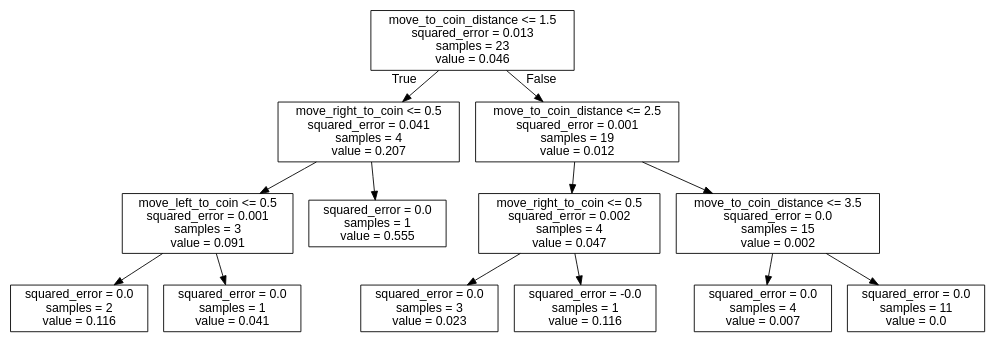
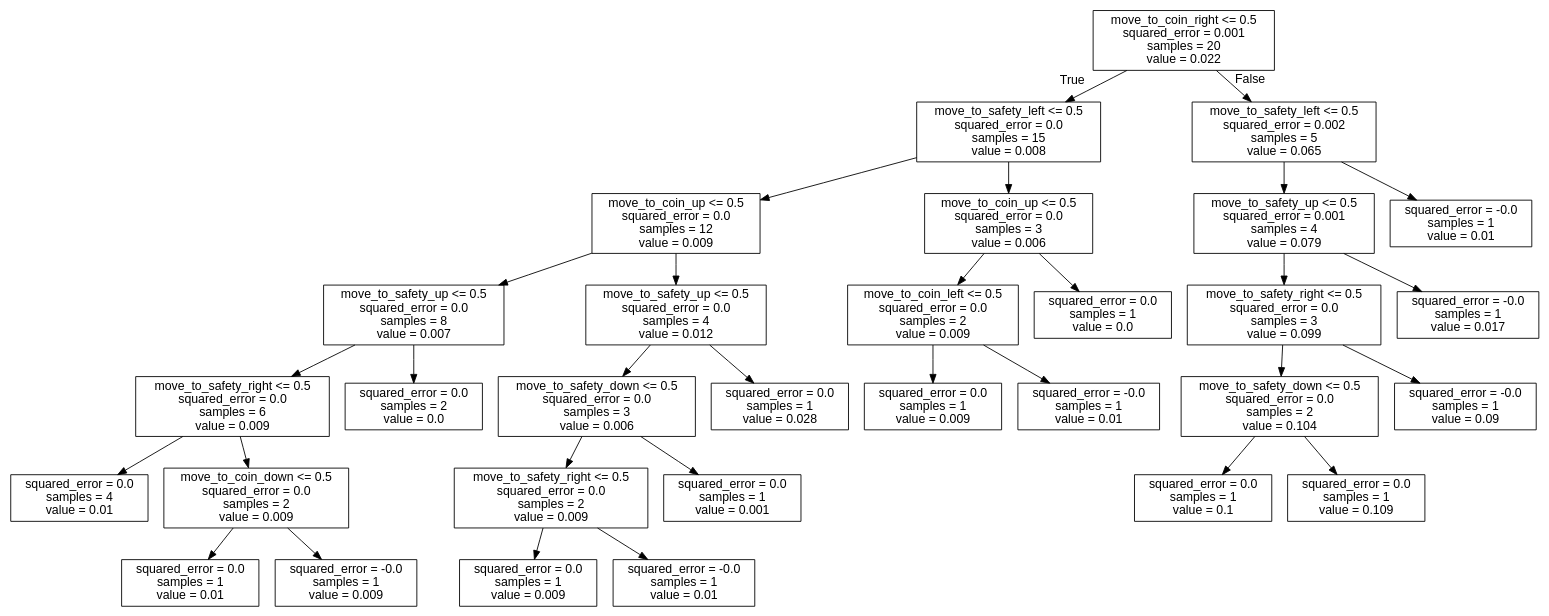
One commit to J-Gann/FML changed the diagram in bomberman_rl/agent_code/my_agent/trees/RIGHT.dot. Above: the diagram before and after it, drawn with Graphviz. The commit also changed 9 other files, not shown here.

```diff
--- a/bomberman_rl/agent_code/my_agent/trees/RIGHT.dot
+++ b/bomberman_rl/agent_code/my_agent/trees/RIGHT.dot
@@ -1,29 +1,65 @@
 digraph Tree {
 node [shape=box, fontname="helvetica"] ;
 edge [fontname="helvetica"] ;
-0 [label="move_to_coin_distance <= 1.5\nsquared_error = 0.013\nsamples = 23\nvalue = 0.046"] ;
-1 [label="move_right_to_coin <= 0.5\nsquared_error = 0.041\nsamples = 4\nvalue = 0.207"] ;
+0 [label="move_to_coin_right <= 0.5\nsquared_error = 0.001\nsamples = 20\nvalue = 0.022"] ;
+1 [label="move_to_safety_left <= 0.5\nsquared_error = 0.0\nsamples = 15\nvalue = 0.008"] ;
 0 -> 1 [labeldistance=2.5, labelangle=45, headlabel="True"] ;
-2 [label="move_left_to_coin <= 0.5\nsquared_error = 0.001\nsamples = 3\nvalue = 0.091"] ;
+2 [label="move_to_coin_up <= 0.5\nsquared_error = 0.0\nsamples = 12\nvalue = 0.009"] ;
 1 -> 2 ;
-3 [label="squared_error = 0.0\nsamples = 2\nvalue = 0.116"] ;
+3 [label="move_to_safety_up <= 0.5\nsquared_error = 0.0\nsamples = 8\nvalue = 0.007"] ;
 2 -> 3 ;
-4 [label="squared_error = 0.0\nsamples = 1\nvalue = 0.041"] ;
-2 -> 4 ;
-5 [label="squared_error = 0.0\nsamples = 1\nvalue = 0.555"] ;
-1 -> 5 ;
-6 [label="move_to_coin_distance <= 2.5\nsquared_error = 0.001\nsamples = 19\nvalue = 0.012"] ;
-0 -> 6 [labeldistance=2.5, labelangle=-45, headlabel="False"] ;
-7 [label="move_right_to_coin <= 0.5\nsquared_error = 0.002\nsamples = 4\nvalue = 0.047"] ;
+4 [label="move_to_safety_right <= 0.5\nsquared_error = 0.0\nsamples = 6\nvalue = 0.009"] ;
+3 -> 4 ;
+5 [label="squared_error = 0.0\nsamples = 4\nvalue = 0.01"] ;
+4 -> 5 ;
+6 [label="move_to_coin_down <= 0.5\nsquared_error = 0.0\nsamples = 2\nvalue = 0.009"] ;
+4 -> 6 ;
+7 [label="squared_error = 0.0\nsamples = 1\nvalue = 0.01"] ;
 6 -> 7 ;
-8 [label="squared_error = 0.0\nsamples = 3\nvalue = 0.023"] ;
-7 -> 8 ;
-9 [label="squared_error = -0.0\nsamples = 1\nvalue = 0.116"] ;
-7 -> 9 ;
-10 [label="move_to_coin_distance <= 3.5\nsquared_error = 0.0\nsamples = 15\nvalue = 0.002"] ;
-6 -> 10 ;
-11 [label="squared_error = 0.0\nsamples = 4\nvalue = 0.007"] ;
+8 [label="squared_error = -0.0\nsamples = 1\nvalue = 0.009"] ;
+6 -> 8 ;
+9 [label="squared_error = 0.0\nsamples = 2\nvalue = 0.0"] ;
+3 -> 9 ;
+10 [label="move_to_safety_up <= 0.5\nsquared_error = 0.0\nsamples = 4\nvalue = 0.012"] ;
+2 -> 10 ;
+11 [label="move_to_safety_down <= 0.5\nsquared_error = 0.0\nsamples = 3\nvalue = 0.006"] ;
 10 -> 11 ;
-12 [label="squared_error = 0.0\nsamples = 11\nvalue = 0.0"] ;
-10 -> 12 ;
+12 [label="move_to_safety_right <= 0.5\nsquared_error = 0.0\nsamples = 2\nvalue = 0.009"] ;
+11 -> 12 ;
+13 [label="squared_error = 0.0\nsamples = 1\nvalue = 0.009"] ;
+12 -> 13 ;
+14 [label="squared_error = -0.0\nsamples = 1\nvalue = 0.01"] ;
+12 -> 14 ;
+15 [label="squared_error = 0.0\nsamples = 1\nvalue = 0.001"] ;
+11 -> 15 ;
+16 [label="squared_error = 0.0\nsamples = 1\nvalue = 0.028"] ;
+10 -> 16 ;
+17 [label="move_to_coin_up <= 0.5\nsquared_error = 0.0\nsamples = 3\nvalue = 0.006"] ;
+1 -> 17 ;
+18 [label="move_to_coin_left <= 0.5\nsquared_error = 0.0\nsamples = 2\nvalue = 0.009"] ;
+17 -> 18 ;
+19 [label="squared_error = 0.0\nsamples = 1\nvalue = 0.009"] ;
+18 -> 19 ;
+20 [label="squared_error = -0.0\nsamples = 1\nvalue = 0.01"] ;
+18 -> 20 ;
+21 [label="squared_error = 0.0\nsamples = 1\nvalue = 0.0"] ;
+17 -> 21 ;
+22 [label="move_to_safety_left <= 0.5\nsquared_error = 0.002\nsamples = 5\nvalue = 0.065"] ;
+0 -> 22 [labeldistance=2.5, labelangle=-45, headlabel="False"] ;
+23 [label="move_to_safety_up <= 0.5\nsquared_error = 0.001\nsamples = 4\nvalue = 0.079"] ;
+22 -> 23 ;
+24 [label="move_to_safety_right <= 0.5\nsquared_error = 0.0\nsamples = 3\nvalue = 0.099"] ;
+23 -> 24 ;
+25 [label="move_to_safety_down <= 0.5\nsquared_error = 0.0\nsamples = 2\nvalue = 0.104"] ;
+24 -> 25 ;
+26 [label="squared_error = 0.0\nsamples = 1\nvalue = 0.1"] ;
+25 -> 26 ;
+27 [label="squared_error = 0.0\nsamples = 1\nvalue = 0.109"] ;
+25 -> 27 ;
+28 [label="squared_error = -0.0\nsamples = 1\nvalue = 0.09"] ;
+24 -> 28 ;
+29 [label="squared_error = -0.0\nsamples = 1\nvalue = 0.017"] ;
+23 -> 29 ;
+30 [label="squared_error = -0.0\nsamples = 1\nvalue = 0.01"] ;
+22 -> 30 ;
 }
```
